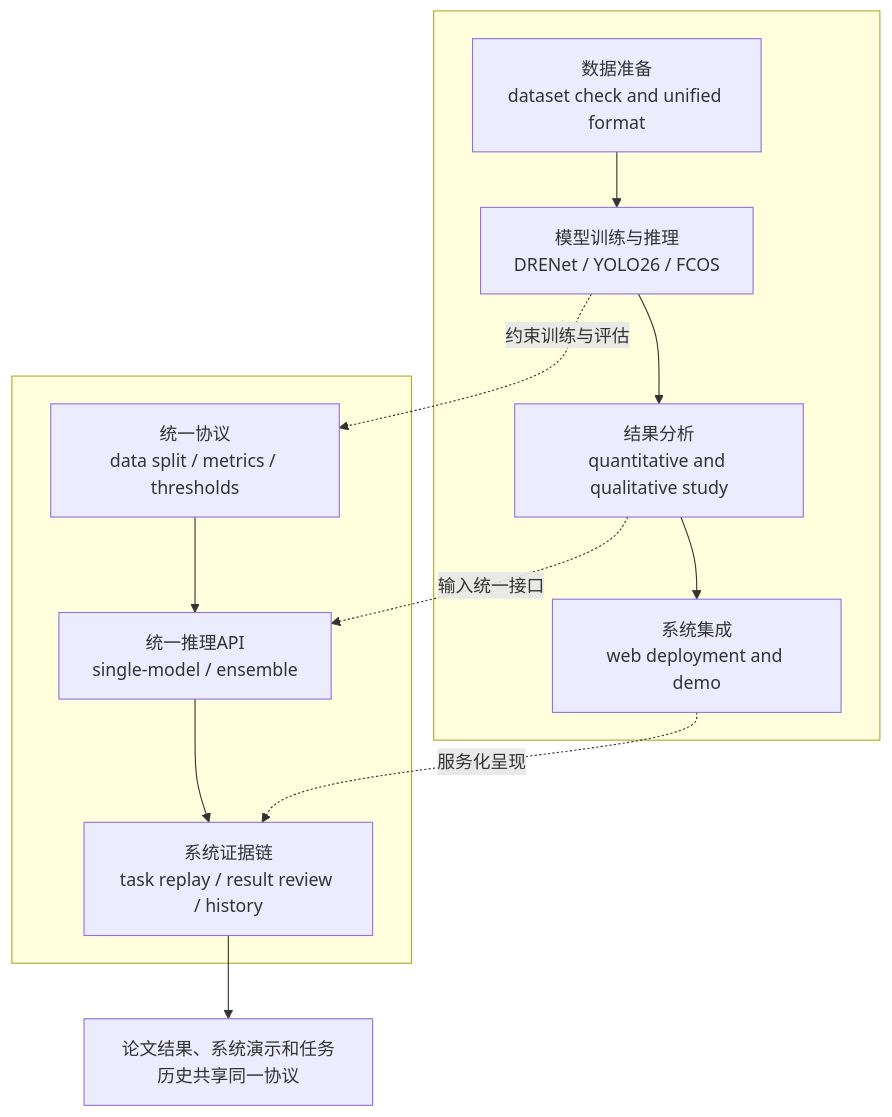
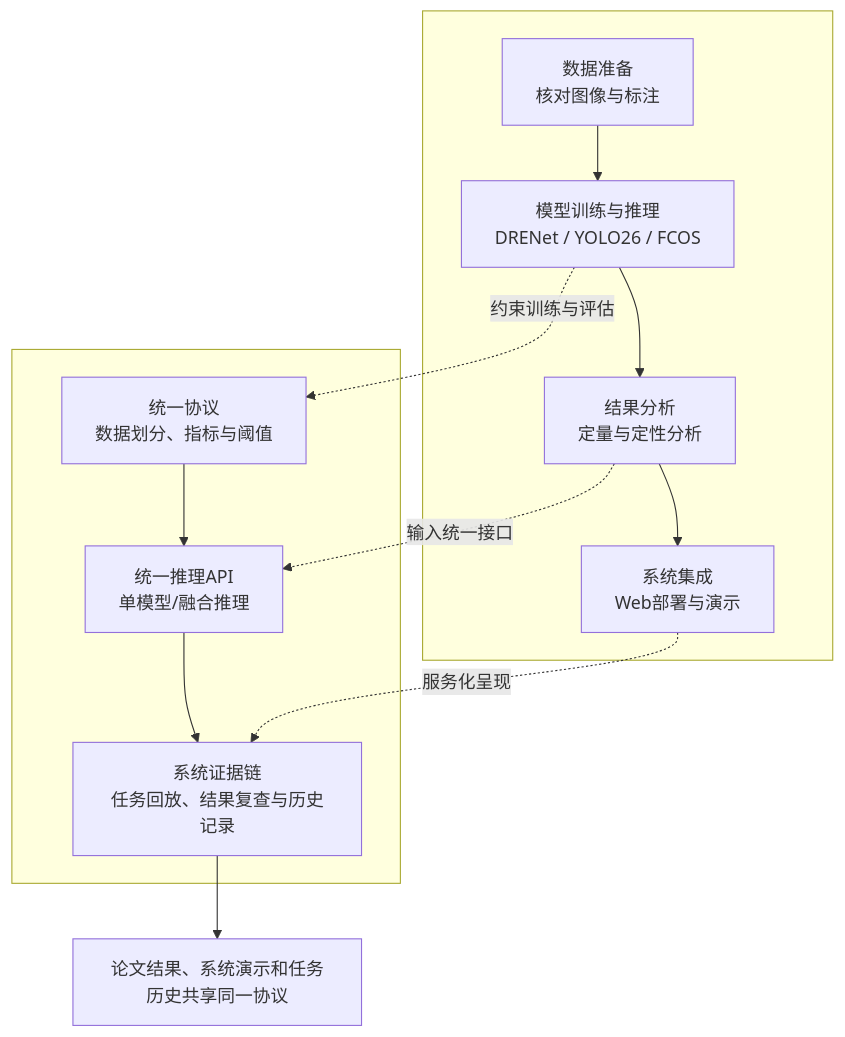
One commit to kkkhs/graduation_project changed the first of 9 diagrams in thesis_figures_guide.md. Above: the diagram before and after it, drawn with Mermaid. The commit also changed other lines of this file and 11 other files, not shown here.

First line of the commit message:
docs: 翻译 thesis_figures_guide.md 所有 Mermaid 节点为中文

````diff
--- a/thesis_figures_guide.md
+++ b/thesis_figures_guide.md
@@ -14,19 +14,19 @@
 ```mermaid
 flowchart TB
     subgraph 顶层流程[" "]
-        A[数据准备<br/>dataset check and unified format] --> B[模型训练与推理<br/>DRENet / YOLO26 / FCOS]
-        B --> C[结果分析<br/>quantitative and qualitative study]
-        C --> D[系统集成<br/>web deployment and demo]
+        A[数据准备<br/>核对图像与标注] --> B[模型训练与推理<br/>DRENet / YOLO26 / FCOS]
+        B --> C[结果分析<br/>定量与定性分析]
+        C --> D[系统集成<br/>Web部署与演示]
     end
 
     subgraph 底层支撑[" "]
-        E[统一协议<br/>data split / metrics / thresholds] --> F[统一推理API<br/>single-model / ensemble]
-        F --> G[系统证据链<br/>task replay / result review / history]
+        E[统一协议<br/>数据划分、指标与阈值] --> F[统一推理API<br/>单模型/融合推理]
+        F --> G[系统证据链<br/>任务回放、结果复查与历史记录]
     end
 
     B -.->|约束训练与评估| E
     C -.->|输入统一接口| F
     D -.->|服务化呈现| G
 
     G --> H[论文结果、系统演示和任务历史共享同一协议]
 ```
````
